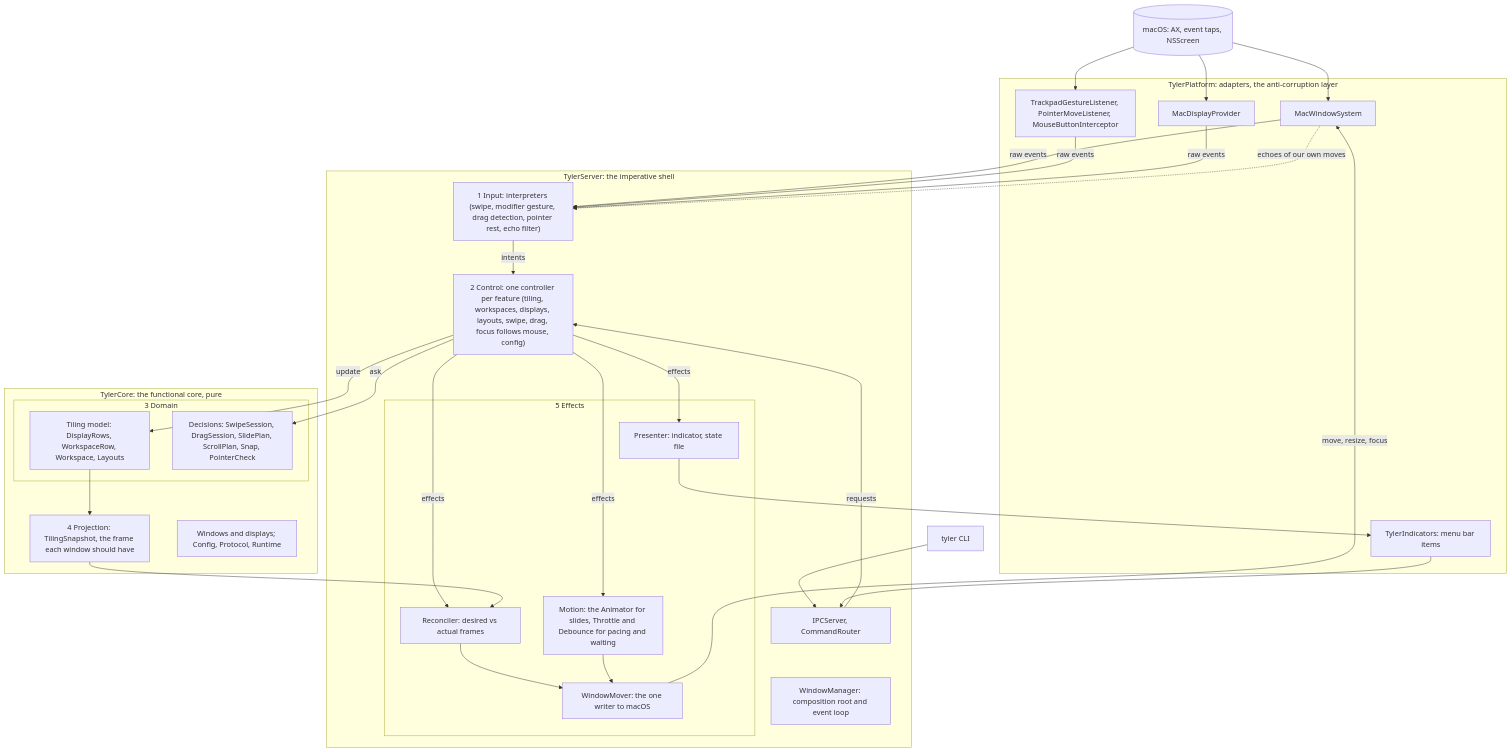
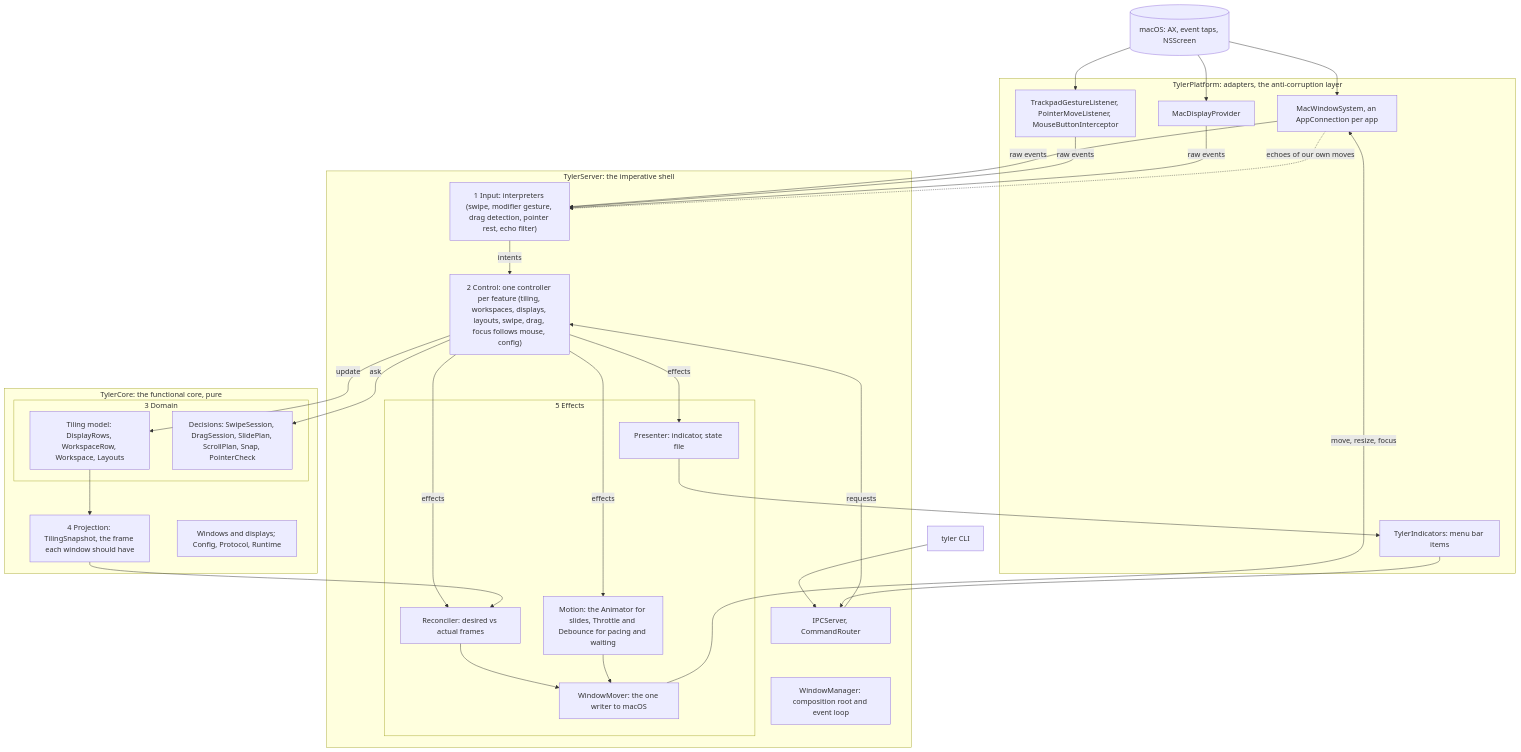
One commit to dhansmair/tyler changed the first of 2 diagrams in devdocs/architecture.md. Above: the diagram before and after it, drawn with Mermaid. The commit also changed other lines of this file and 9 other files, not shown here.

First line of the commit message:
Document the window system's layers and the naming rules

````diff
--- a/devdocs/architecture.md
+++ b/devdocs/architecture.md
@@ -40,51 +40,51 @@
 ```mermaid
 flowchart TB
   mac[("macOS: AX, event taps, NSScreen")]
   cli["tyler CLI"]
 
   subgraph platform["TylerPlatform: adapters, the anti-corruption layer"]
-    ax["MacWindowSystem"]
+    ax["MacWindowSystem, an AppConnection per app"]
     listeners["TrackpadGestureListener, PointerMoveListener, MouseButtonInterceptor"]
     screens["MacDisplayProvider"]
     menu["TylerIndicators: menu bar items"]
   end
 
   subgraph server["TylerServer: the imperative shell"]
     wm["WindowManager: composition root and event loop"]
     ipc["IPCServer, CommandRouter"]
     input["1 Input: interpreters (swipe, modifier gesture, drag detection, pointer rest, echo filter)"]
     control["2 Control: one controller per feature (tiling, workspaces, displays, layouts, swipe, drag, focus follows mouse, config)"]
     subgraph effects["5 Effects"]
       reconciler["Reconciler: desired vs actual frames"]
       motion["Motion: the Animator for slides, Throttle and Debounce for pacing and waiting"]
       mover["WindowMover: the one writer to macOS"]
       presenter["Presenter: indicator, state file"]
     end
   end
 
   subgraph core["TylerCore: the functional core, pure"]
     subgraph domain["3 Domain"]
       tiling["Tiling model: DisplayRows, WorkspaceRow, Workspace, Layouts"]
       decisions["Decisions: SwipeSession, DragSession, SlidePlan, ScrollPlan, Snap, PointerCheck"]
     end
     projection["4 Projection: TilingSnapshot, the frame each window should have"]
     foundation["Windows and displays; Config, Protocol, Runtime"]
   end
 
   mac --> ax & listeners & screens
   cli --> ipc
   menu --> ipc
   ax & listeners & screens -->|raw events| input
   ax -.->|echoes of our own moves| input
   ipc -->|requests| control
   input -->|intents| control
   control -->|update| tiling
   control -->|ask| decisions
   control -->|effects| reconciler & motion & presenter
   tiling --> projection
   projection --> reconciler
   reconciler --> mover
   motion --> mover
   mover -->|move, resize, focus| ax
   presenter --> menu
 ```
````
